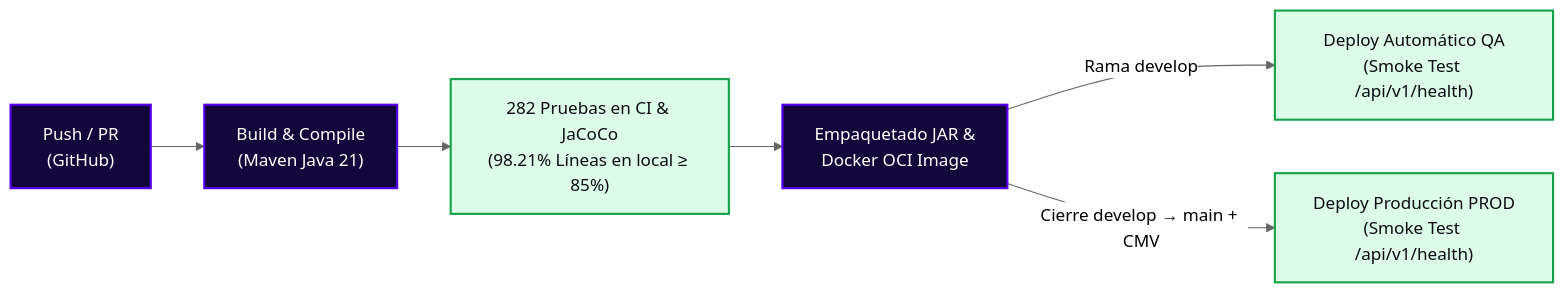
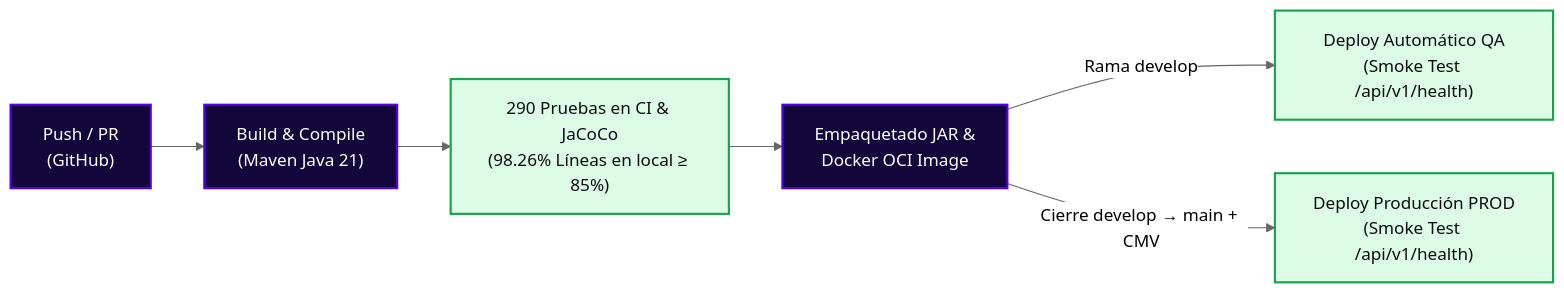
Before and after one commit to StyleRadar1/PT8080-Donations-Service: the diagram in docs/readmes/10-cicd-pipeline.md, drawn with Mermaid (neutral theme). The commit also changed other lines of this file and 6 other files, not shown here.

````diff
--- a/docs/readmes/10-cicd-pipeline.md
+++ b/docs/readmes/10-cicd-pipeline.md
@@ -18,14 +18,14 @@
 ```mermaid
 flowchart LR
     A["Push / PR<br>(GitHub)"] --> B["Build & Compile<br>(Maven Java 21)"]
-    B --> C["282 Pruebas en CI & JaCoCo<br>(98.21% Líneas en local ≥ 85%)"]
+    B --> C["290 Pruebas en CI & JaCoCo<br>(98.26% Líneas en local ≥ 85%)"]
     C --> D["Empaquetado JAR &<br>Docker OCI Image"]
     D -->|Rama develop| E["Deploy Automático QA<br>(Smoke Test /api/v1/health)"]
     D -->|Cierre develop → main + CMV| F["Deploy Producción PROD<br>(Smoke Test /api/v1/health)"]
 
     classDef step fill:#12063A,stroke:#5600EF,stroke-width:2px,color:#FFFFFF;
     classDef pass fill:#DCFCE7,stroke:#16A34A,stroke-width:2px,color:#0C0C12;
 
     class A,B,D step;
     class C,E,F pass;
 ```
````
